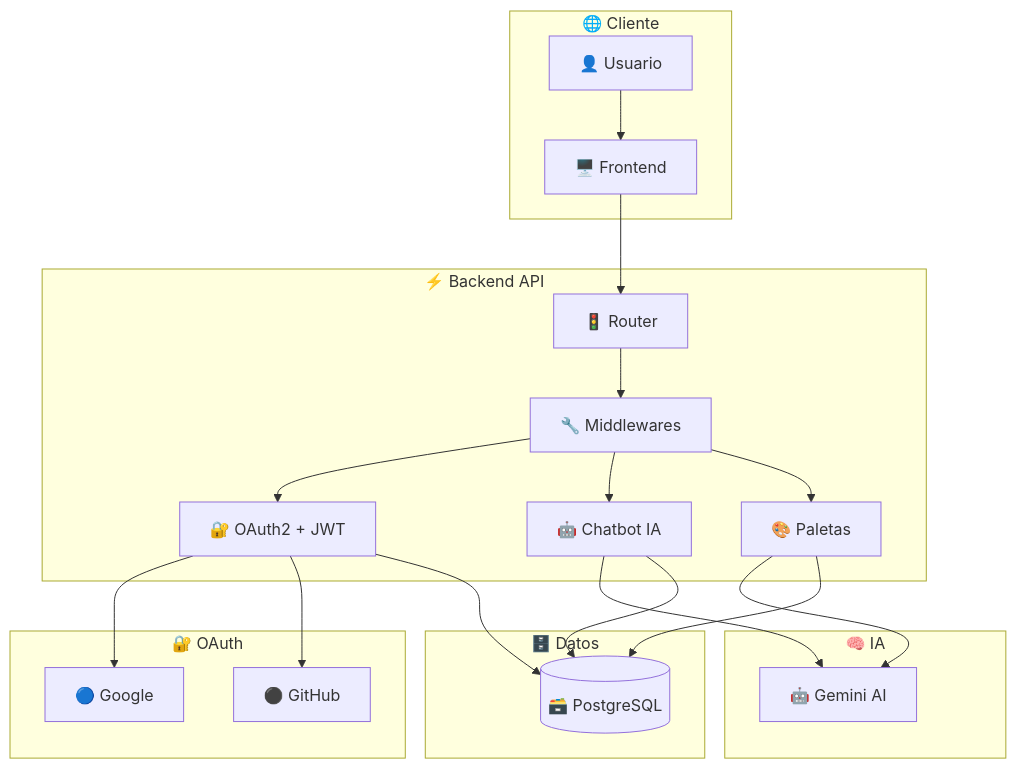
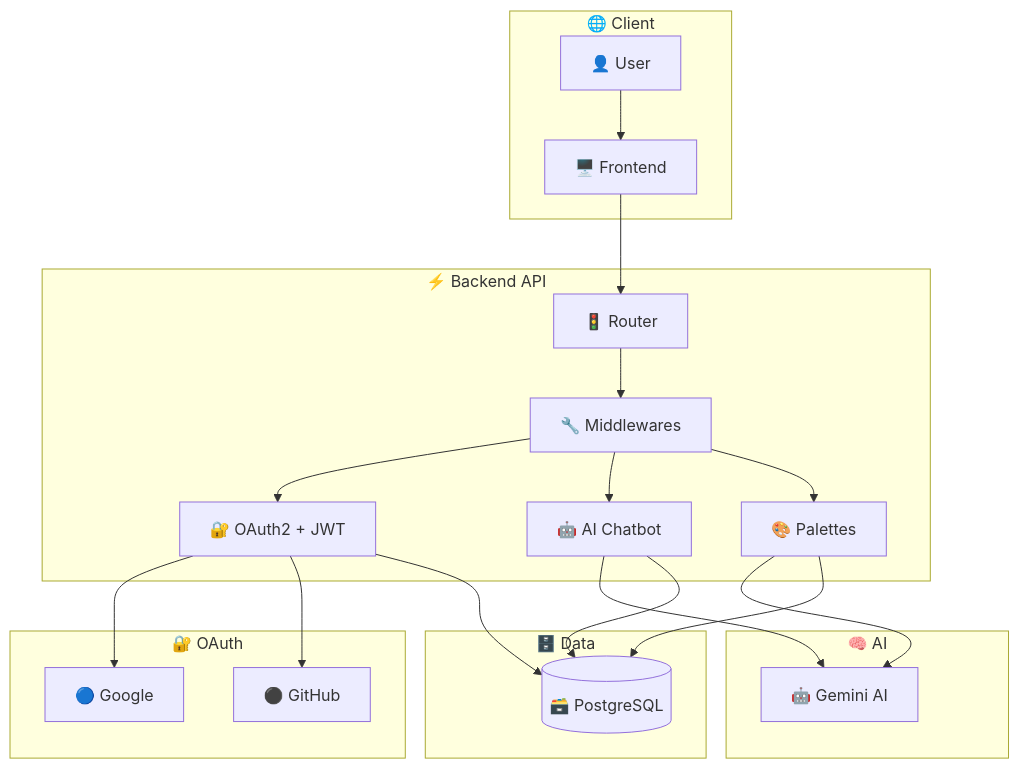
Before and after one commit to bernabedev/afor-branding-backend: the diagram in README.md, drawn with Mermaid. The commit also changed other lines of this file and 8 other files, not shown here.

````diff
--- a/README.md
+++ b/README.md
@@ -499,35 +501,35 @@
 ```mermaid
 flowchart TD
-    subgraph "🌐 Cliente"
-        User[👤 Usuario] --> UI[🖥️ Frontend]
+    subgraph "🌐 Client"
+        User[👤 User] --> UI[🖥️ Frontend]
     end
 
     subgraph "⚡ Backend API"
         Router[🚦 Router] --> MW[🔧 Middlewares]
         MW --> Auth[🔐 OAuth2 + JWT]
-        MW --> Bot[🤖 Chatbot IA]
-        MW --> Palettes[🎨 Paletas]
+        MW --> Bot[🤖 AI Chatbot]
+        MW --> Palettes[🎨 Palettes]
     end
 
     subgraph "🔐 OAuth"
         Google[🔵 Google]
         GitHub[⚫ GitHub]
     end
 
-    subgraph "🧠 IA"
+    subgraph "🧠 AI"
         Gemini[🤖 Gemini AI]
     end
 
-    subgraph "🗄️ Datos"
+    subgraph "🗄️ Data"
         DB[(🗃️ PostgreSQL)]
     end
 
     UI --> Router
     Auth --> Google
     Auth --> GitHub
     Bot --> Gemini
     Palettes --> Gemini
     Auth --> DB
     Bot --> DB
     Palettes --> DB
 ```
````
